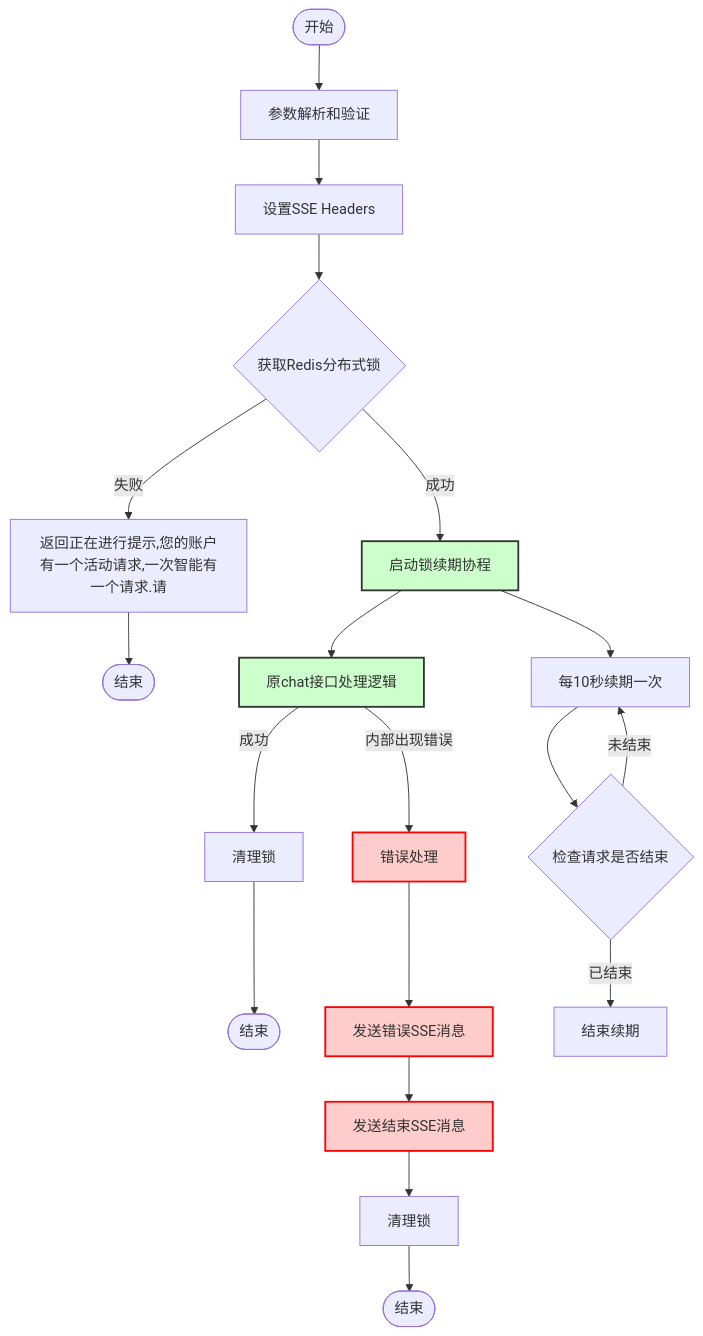
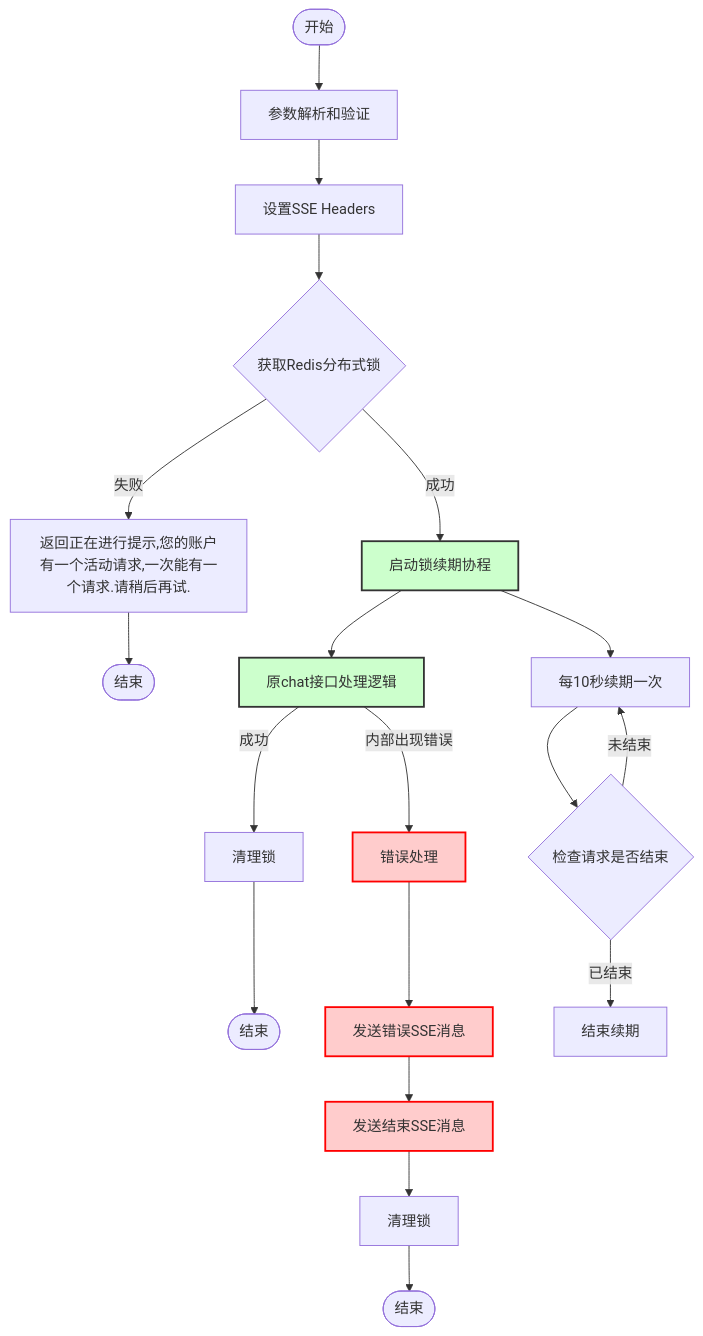
One commit to yingjianzh/iodraw-files changed the diagram in all/未命名-15.md. Above: the diagram before and after it, drawn with Mermaid.

Commit message:
2025-01-02 17:47:58 update

````diff
--- a/all/未命名-15.md
+++ b/all/未命名-15.md
@@ -1,34 +1,34 @@
 ```mermaid
 flowchart TD
     Start([开始]) --> A[参数解析和验证]
     A --> B[设置SSE Headers]
     B --> C{获取Redis分布式锁}
     
-    C -->|失败| D[返回正在进行提示,您的账户有一个活动请求,一次智能有一个请求.请]
+    C -->|失败| D[返回正在进行提示,您的账户有一个活动请求,一次能有一个请求.请稍后再试.]
     D --> End1([结束])
     
     C -->|成功| E[启动锁续期协程]
     E --> F[原chat接口处理逻辑]
     
     F -->|内部出现错误| G[错误处理]
      %% 正常结束流程
     F -->|成功| N[清理锁]
     N --> End3([结束])
     
     %% 错误处理流程
     G --> K[发送错误SSE消息]
     K --> L[发送结束SSE消息]
     L --> M[清理锁]
     M --> End2([结束])
     
     %% 锁续期协程
     E --> O[每10秒续期一次]
     O --> P{检查请求是否结束}
     P -->|未结束| O
     P -->|已结束| Q[结束续期]
     
     classDef error fill:#ffcccc,stroke:#ff0000,stroke-width:2px
     classDef normal fill:#ccffcc,stroke:#333,stroke-width:2px
     class G,K,L error
     class E,F,I,J normal
 ```
````
